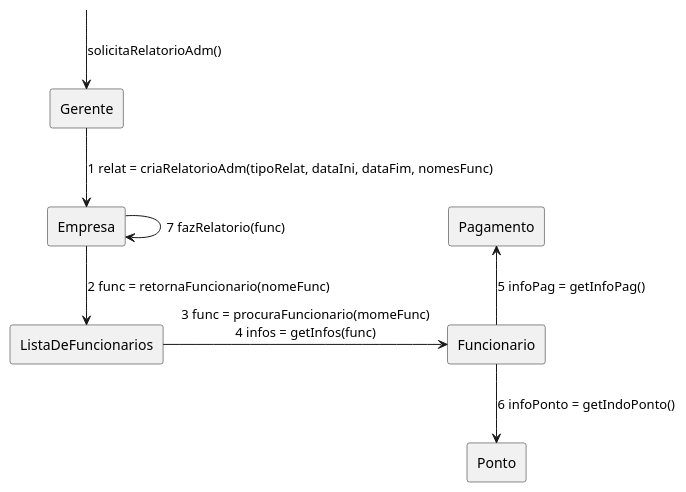
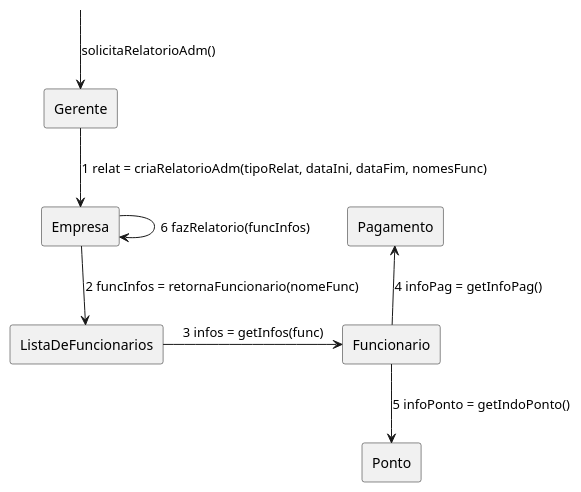
One commit to tikaradate/CI1163-Design_de_Software changed the diagram in casos_de_uso/caso-2/2-DCom.plantuml. Above: the diagram before and after it, drawn with PlantUML.

Commit message:
at DCOM 2

```diff
--- a/casos_de_uso/caso-2/2-DCom.plantuml
+++ b/casos_de_uso/caso-2/2-DCom.plantuml
@@ -1,21 +1,21 @@
 @startuml
 rectangle "Gerente" as gerente
 'rectangle "FolhaDePagamento" as folha
 rectangle "Pagamento" as pagamento
 rectangle "Funcionario" as funcionario
 rectangle "Empresa" as empresa
 rectangle "ListaDeFuncionarios" as lista
 'rectangle "Venda" as venda
 rectangle "Ponto" as ponto
 'rectangle "BaseDeDadosProjetos" as base
 'rectangle "Projeto" as projeto
 label " " as ini
 
 ini -down-> gerente      : solicitaRelatorioAdm()
 gerente -down-> empresa      : 1 relat = criaRelatorioAdm(tipoRelat, dataIni, dataFim, nomesFunc)
-empresa -down-> lista        : 2 func = retornaFuncionario(nomeFunc)
-lista   -right-> funcionario  : 3 func = procuraFuncionario(momeFunc)\n4 infos = getInfos(func)
-funcionario -up-> pagamento : 5 infoPag = getInfoPag()
-funcionario -down-> ponto : 6 infoPonto = getIndoPonto()
-empresa --> empresa      : 7 fazRelatorio(func)
+empresa -down-> lista        : 2 funcInfos = retornaFuncionario(nomeFunc)
+lista   -right-> funcionario  : 3 infos = getInfos(func)
+funcionario -up-> pagamento : 4 infoPag = getInfoPag()
+funcionario -down-> ponto : 5 infoPonto = getIndoPonto()
+empresa --> empresa      : 6 fazRelatorio(funcInfos)
 @enduml
```
